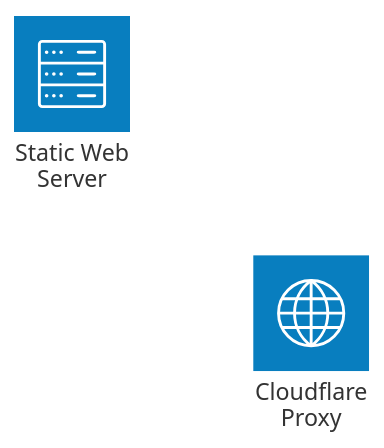
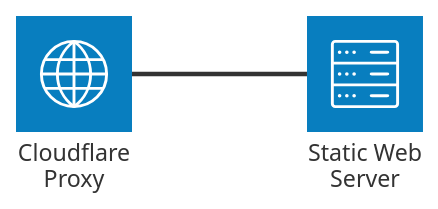
The diagram in content/blog/Page Setup.md (rijkt/rijkt.link), drawn with Mermaid before and after one commit. The commit also changed other lines of this file, not shown here.

````diff
--- a/content/blog/Page Setup.md
+++ b/content/blog/Page Setup.md
@@ -24,9 +43,11 @@
 ```mermaid
 architecture-beta
 
 
     service proxy(internet)[Cloudflare Proxy] 
     service static(server)[Static Web Server]
+    
+    proxy:R -- L:static
 
 
 ```
````
